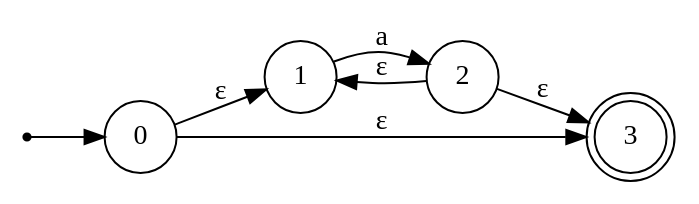
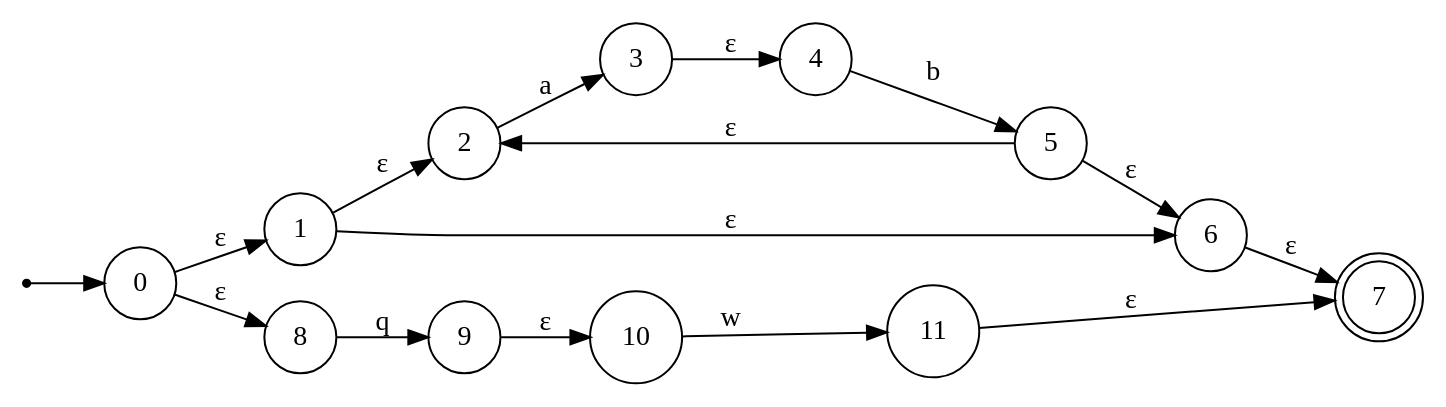
Before and after one commit to konstantin2506/automata_theory: the diagram in lab2/nfa.dot, drawn with Graphviz. The commit also changed 5 other files, not shown here.

```diff
--- a/lab2/nfa.dot
+++ b/lab2/nfa.dot
@@ -1,15 +1,32 @@
 digraph NFA {
     rankdir=LR;
     node [shape=circle];
     start [shape=point];
     0 [label="0"];
     1 [label="1"];
     2 [label="2"];
-    3 [label="3", shape=doublecircle];
-    2 -> 3 [label="ε"];
-    2 -> 1 [label="ε"];
-    1 -> 2 [label="a"];
+    3 [label="3"];
+    4 [label="4"];
+    5 [label="5"];
+    6 [label="6"];
+    7 [label="7", shape=doublecircle];
+    6 -> 7 [label="ε"];
+    5 -> 6 [label="ε"];
+    5 -> 2 [label="ε"];
+    4 -> 5 [label="b"];
+    3 -> 4 [label="ε"];
+    2 -> 3 [label="a"];
+    1 -> 2 [label="ε"];
+    1 -> 6 [label="ε"];
     0 -> 1 [label="ε"];
-    0 -> 3 [label="ε"];
+    8 [label="8"];
+    9 [label="9"];
+    10 [label="10"];
+    11 [label="11"];
+    11 -> 7 [label="ε"];
+    10 -> 11 [label="w"];
+    9 -> 10 [label="ε"];
+    8 -> 9 [label="q"];
+    0 -> 8 [label="ε"];
     start -> 0;
 }
```
